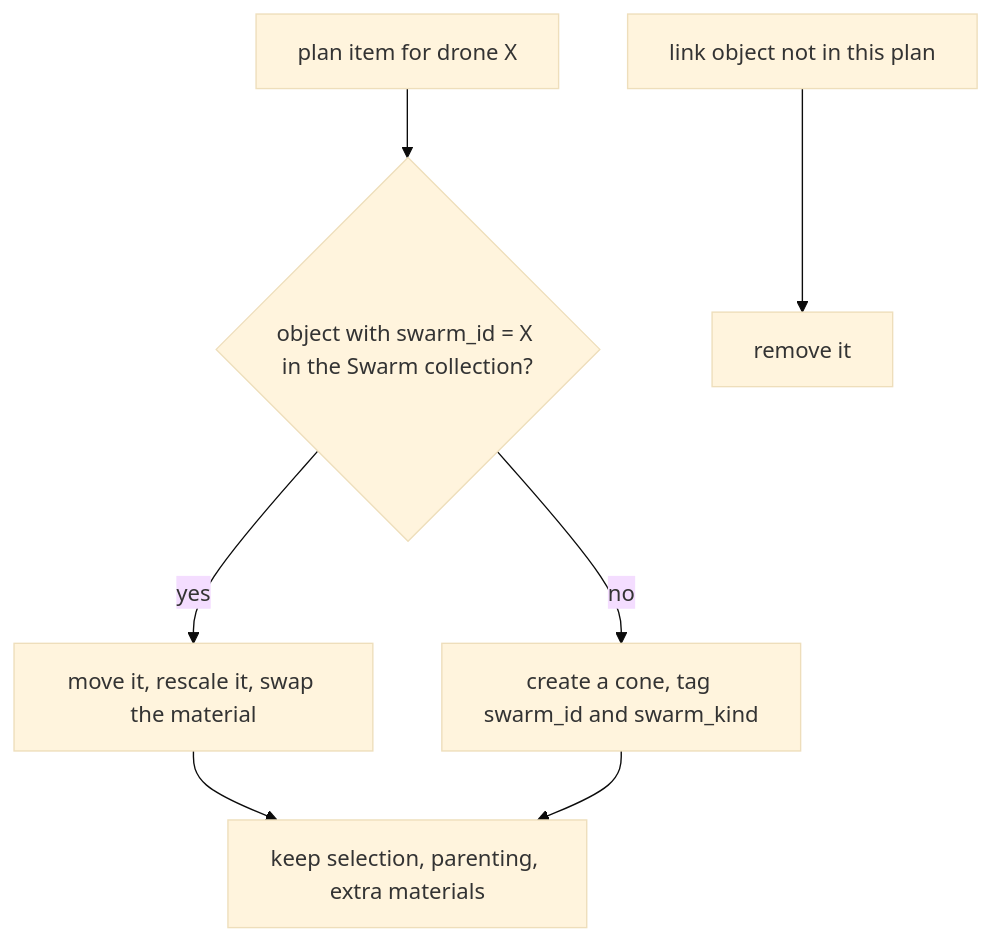
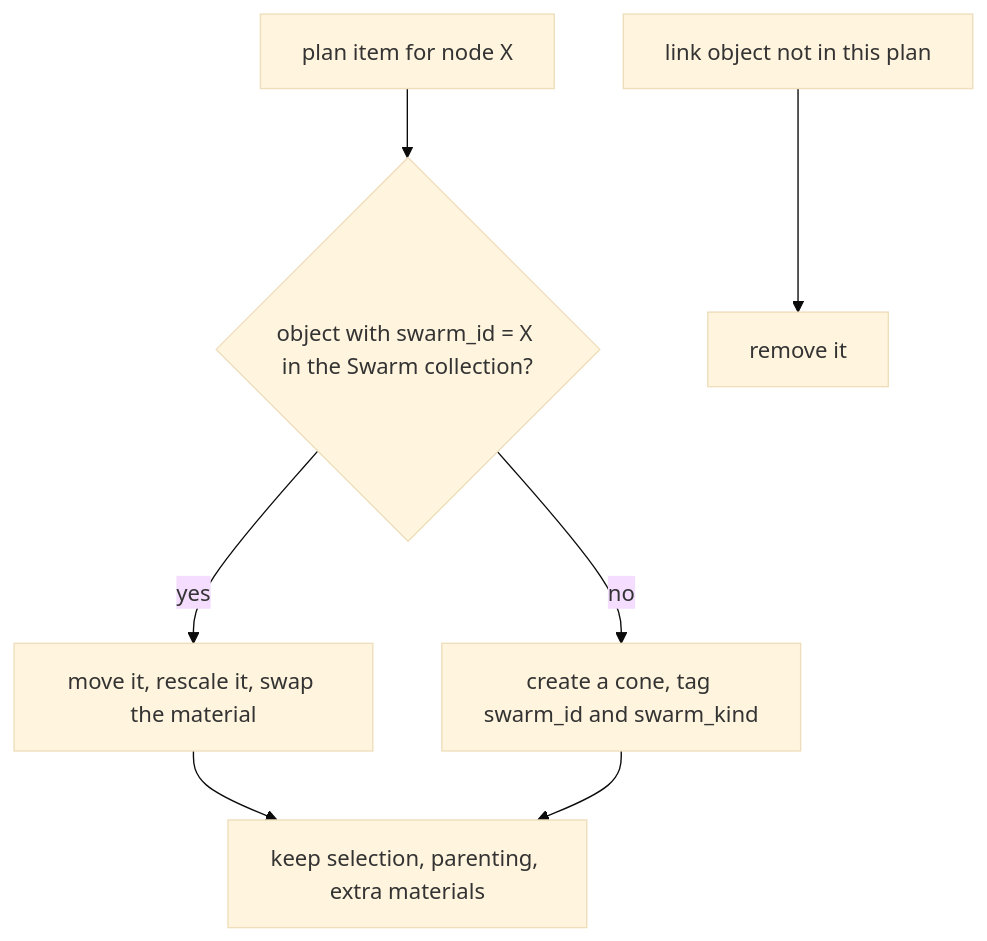
One commit to Aditya-Jyoti/swarm-communication changed the second of 4 diagrams in docs/architecture/blender-scene.md. Above: the diagram before and after it, drawn with Mermaid (base theme). The commit also changed other lines of this file and 40 other files, not shown here.

````diff
--- a/docs/architecture/blender-scene.md
+++ b/docs/architecture/blender-scene.md
@@ -228,9 +228,9 @@
 ```mermaid
 flowchart TD
-    P[plan item for drone X] --> L{"object with swarm_id = X in the Swarm collection?"}
+    P[plan item for node X] --> L{"object with swarm_id = X in the Swarm collection?"}
     L -->|yes| U[move it, rescale it, swap the material]
     L -->|no| C[create a cone, tag swarm_id and swarm_kind]
     U --> K[keep selection, parenting, extra materials]
     C --> K
     S[link object not in this plan] --> D[remove it]
 ```
````
